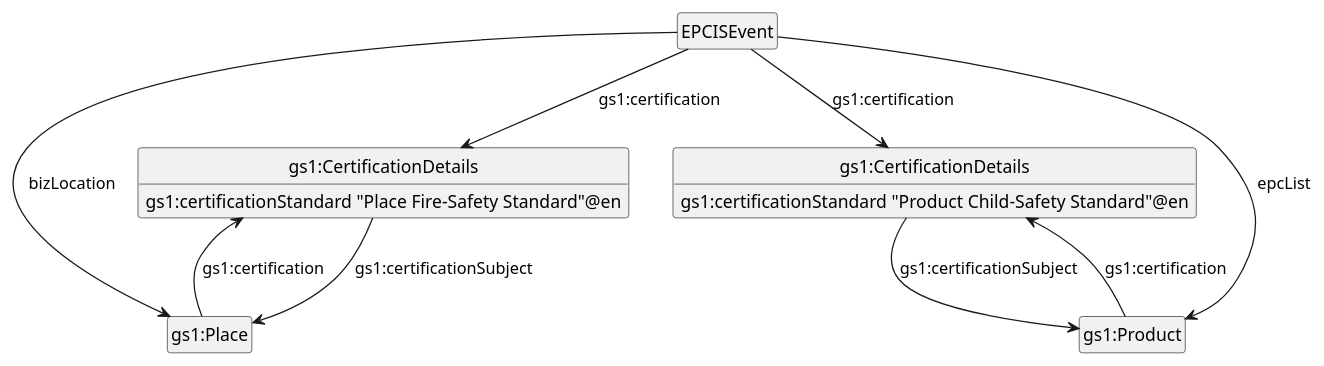
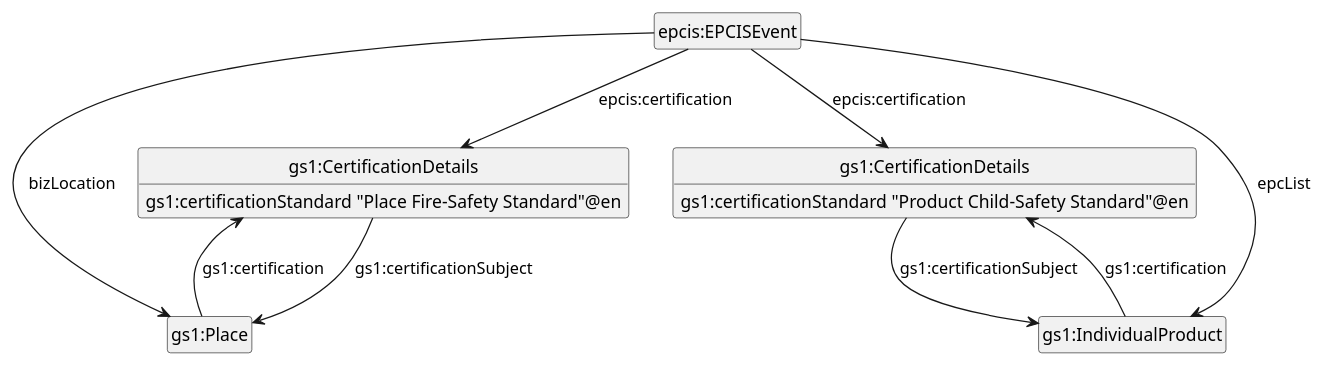
Before and after one commit to gs1/EPCIS: the diagram in Diagrams/certification-diagram.puml, drawn with PlantUML. The commit also changed 157 other files, not shown here.

```diff
--- a/Diagrams/certification-diagram.puml
+++ b/Diagrams/certification-diagram.puml
@@ -1,23 +1,24 @@
 @startuml
 hide empty attributes
 hide empty methods
 hide circle
 
-class CertificationDetails1 as "gs1:CertificationDetails"
-class CertificationDetails2 as "gs1:CertificationDetails"
-class Place as "gs1:Place"
-class Product as "gs1:Product"
+class EPCISEvent             as "epcis:EPCISEvent"
+class CertificationDetails1  as "gs1:CertificationDetails"
+class CertificationDetails2  as "gs1:CertificationDetails"
+class Place                  as "gs1:Place"
+class Product                as "gs1:IndividualProduct"
 
-EPCISEvent --> CertificationDetails1 : gs1:certification
-EPCISEvent --> CertificationDetails2 : gs1:certification
+EPCISEvent --> CertificationDetails1 : epcis:certification
+EPCISEvent --> CertificationDetails2 : epcis:certification
 EPCISEvent --> Place : bizLocation
 EPCISEvent --> Product : epcList 
 CertificationDetails1 --> Place : gs1:certificationSubject
 CertificationDetails1 <-- Place : gs1:certification
 CertificationDetails2 --> Product : gs1:certificationSubject
 CertificationDetails2 <-- Product : gs1:certification
 
 CertificationDetails1 : gs1:certificationStandard "Place Fire-Safety Standard"@en
 CertificationDetails2 : gs1:certificationStandard "Product Child-Safety Standard"@en
 
 @enduml
```
